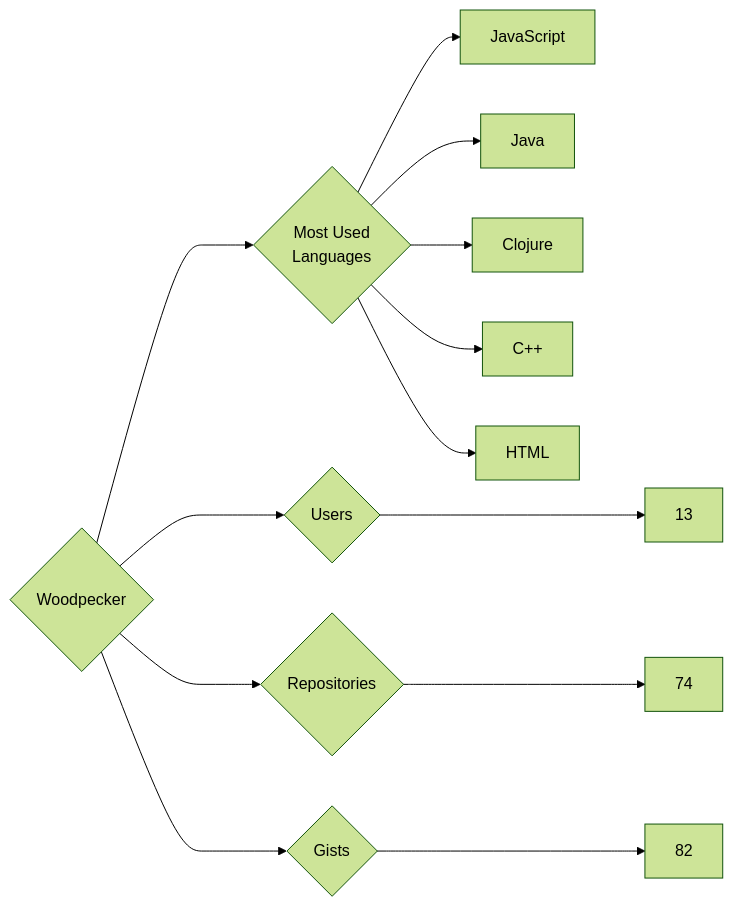
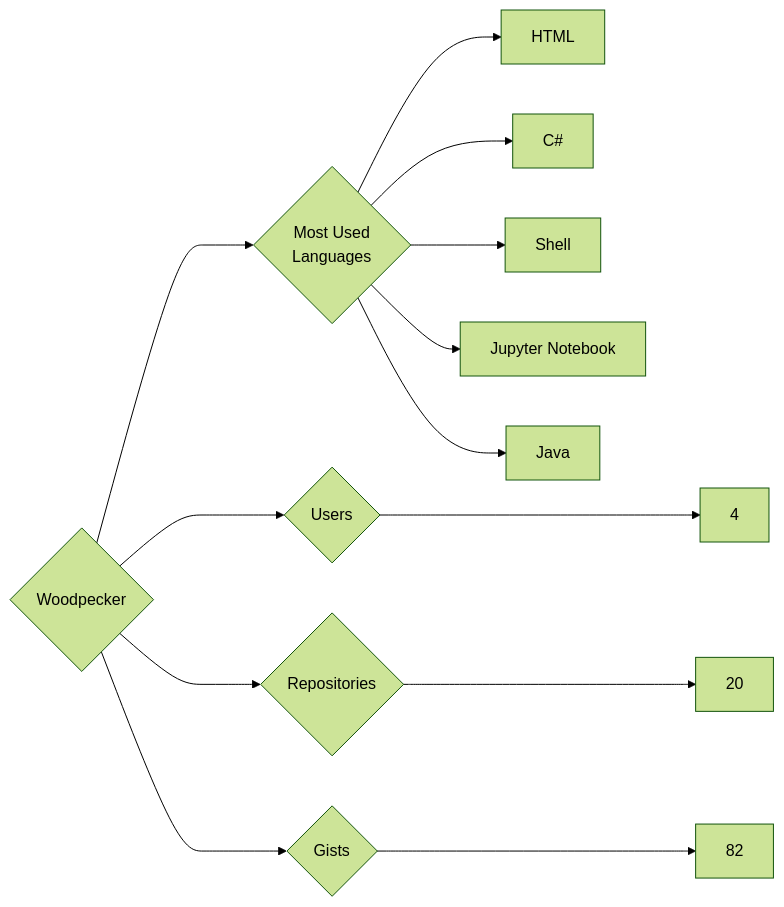
One commit to trickest/insiders changed the diagram in targets/Woodpecker/README.md. Above: the diagram before and after it, drawn with Mermaid (forest theme). The commit also changed 677 other files, not shown here.

````diff
--- a/targets/Woodpecker/README.md
+++ b/targets/Woodpecker/README.md
@@ -3,13 +3,13 @@
 ```mermaid
 graph LR
 COMPANY_NAME{Woodpecker}
-COMPANY_NAME ---> U{Users} ---> UN[13]
-COMPANY_NAME ---> R{Repositories} ---> RN[74]
+COMPANY_NAME ---> U{Users} ---> UN[4]
+COMPANY_NAME ---> R{Repositories} ---> RN[20]
 COMPANY_NAME ---> G{Gists} ---> GN[82]
 COMPANY_NAME ---> ML{Most Used<br>Languages}
-ML --> JavaScript[JavaScript]
+ML --> HTML[HTML]
+ML --> C#[C#]
+ML --> Shell[Shell]
+ML --> Jupyter_Notebook[Jupyter Notebook]
 ML --> Java[Java]
-ML --> Clojure[Clojure]
-ML --> C++[C++]
-ML --> HTML[HTML]
 ```
````
